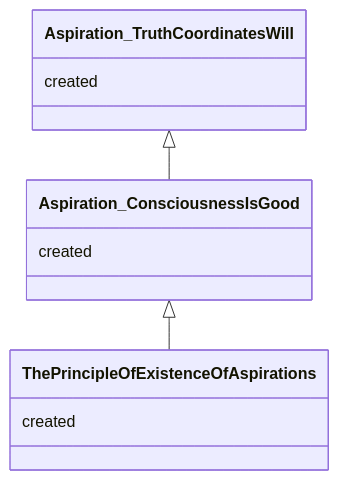
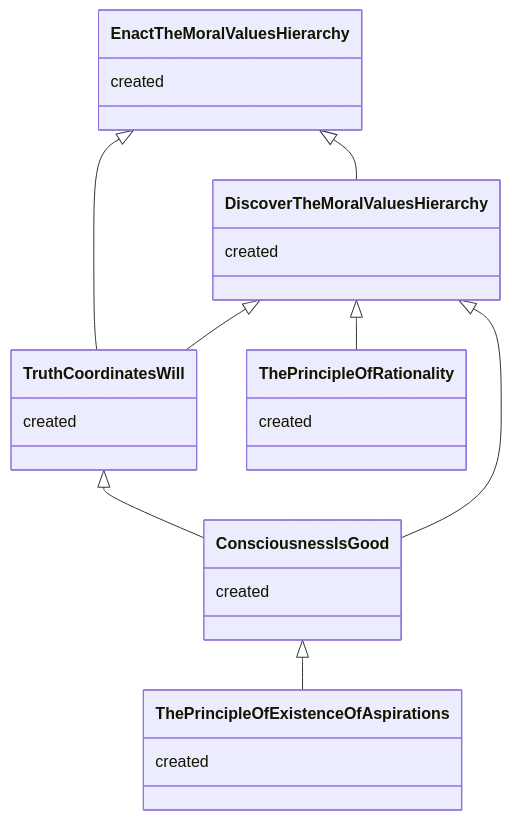
The fourth of 5 diagrams in evmos/PrecedenceGraph.md (the-laurel/chain-proposals), drawn with Mermaid before and after one commit.

````diff
--- a/evmos/PrecedenceGraph.md
+++ b/evmos/PrecedenceGraph.md
@@ -145,22 +145,45 @@
 ```mermaid
 classDiagram
+
+class Discover The Moral Values Hierarchy {
+  created
+}
+link Discover The Moral Values Hierarchy "https://github.com/the-laurel/chain-proposals/blob/main/evmos/Aspiration_DiscoverHierarchy.md" 
+
+class Enact The Moral Values Hierarchy {
+  created
+}
+link Enact The Moral Values Hierarchy "https://github.com/the-laurel/chain-proposals/blob/main/evmos/Aspiration_EnactHierarchy.md" 
+
 
 class The Principle Of Existence Of Aspirations {
   created
 }
 link The Principle Of Existence Of Aspirations "https://github.com/the-laurel/chain-proposals/blob/main/evmos/PrincipleOfExistenceOfAspirations.md" 
 
-class Aspiration_ Consciousness Is Good {
+
+class Consciousness Is Good {
   created
 }
-link Aspiration_ Consciousness Is Good "https://github.com/the-laurel/chain-proposals/blob/main/evmos/Aspiration_ConsciousnessIsGood.md" 
+link Consciousness Is Good "https://github.com/the-laurel/chain-proposals/blob/main/evmos/Aspiration_ConsciousnessIsGood.md" 
 
-class Aspiration_ Truth Coordinates Will {
+class Truth Coordinates Will {
   created
 }
-link Aspiration_ Truth Coordinates Will "https://github.com/the-laurel/chain-proposals/blob/main/evmos/Aspiration_TruthCoordinatesWill.md" 
+link Truth Coordinates Will "https://github.com/the-laurel/chain-proposals/blob/main/evmos/Aspiration_TruthCoordinatesWill.md" 
 
-Aspiration_ Consciousness Is Good <|-- The Principle Of Existence Of Aspirations
-Aspiration_ Truth Coordinates Will  <|-- Aspiration_ Consciousness Is Good
+class The Principle Of Rationality {
+  created
+}
+link The Principle Of Rationality "https://github.com/the-laurel/chain-proposals/blob/main/evmos/PrincipleOfRationality.md"
+
+Consciousness Is Good <|-- The Principle Of Existence Of Aspirations
+Truth Coordinates Will  <|-- Consciousness Is Good
+
+Discover The Moral Values Hierarchy <|-- Consciousness Is Good
+Discover The Moral Values Hierarchy <|-- The Principle Of Rationality
+Enact The Moral Values Hierarchy <|-- Discover The Moral Values Hierarchy 
+Enact The Moral Values Hierarchy <|-- Truth Coordinates Will
+Discover The Moral Values Hierarchy <|-- Truth Coordinates Will
 
 ```
````
